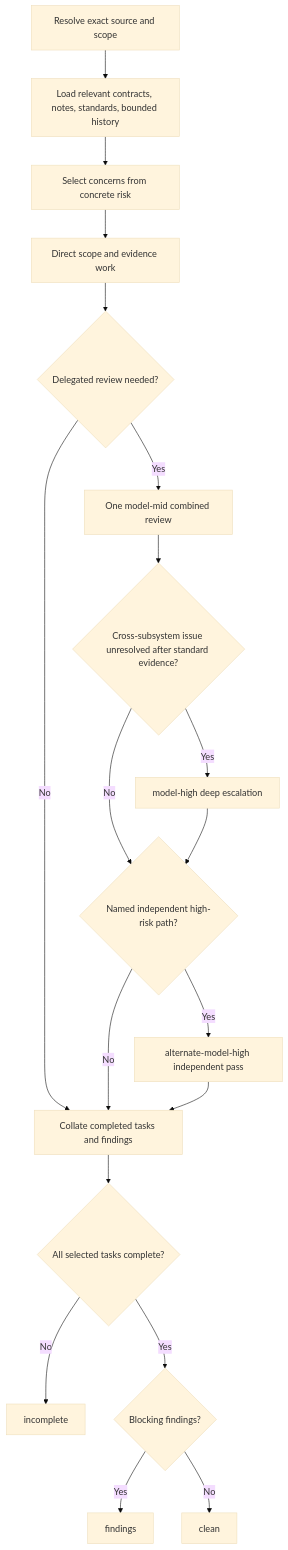
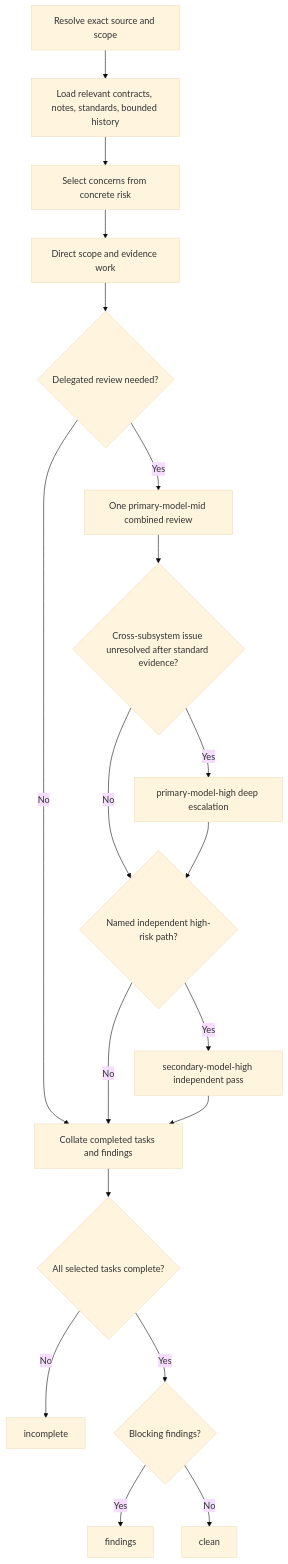
Before and after one commit to jIRI-san/skalary: the first of 2 diagrams in docs/operator-guide/reviews.md, drawn with Mermaid (base theme). The commit also changed other lines of this file and 56 other files, not shown here.

````diff
--- a/docs/operator-guide/reviews.md
+++ b/docs/operator-guide/reviews.md
@@ -17,21 +17,21 @@
 ```mermaid
 flowchart TD
     A[Resolve exact source and scope] --> B[Load relevant contracts, notes, standards, bounded history]
     B --> C[Select concerns from concrete risk]
     C --> D[Direct scope and evidence work]
     D --> E{Delegated review needed?}
-    E -->|Yes| F[One model-mid combined review]
+    E -->|Yes| F[One primary-model-mid combined review]
     E -->|No| J[Collate completed tasks and findings]
     F --> G{Cross-subsystem issue unresolved after standard evidence?}
-    G -->|Yes| H[model-high deep escalation]
+    G -->|Yes| H[primary-model-high deep escalation]
     G -->|No| I{Named independent high-risk path?}
     H --> I
-    I -->|Yes| O[alternate-model-high independent pass]
+    I -->|Yes| O[secondary-model-high independent pass]
     I -->|No| J
     O --> J
     J --> K{All selected tasks complete?}
     K -->|No| L[incomplete]
     K -->|Yes| M{Blocking findings?}
     M -->|Yes| N[findings]
     M -->|No| P[clean]
 ```
````
